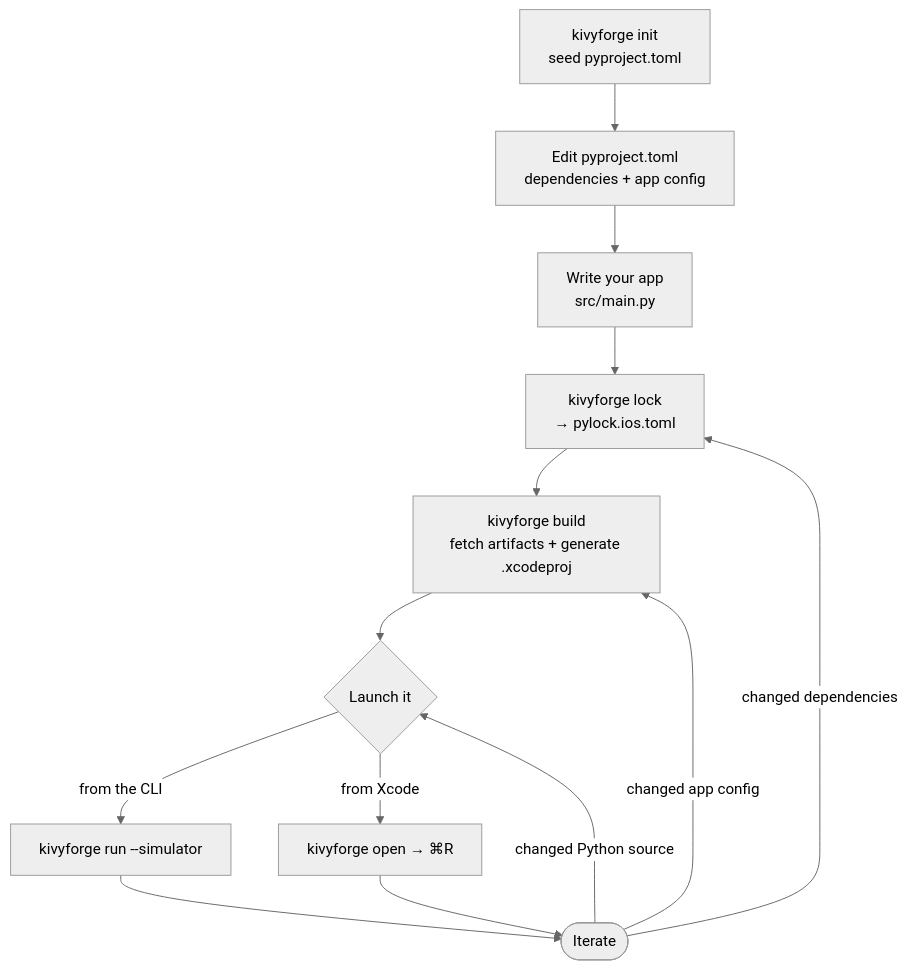
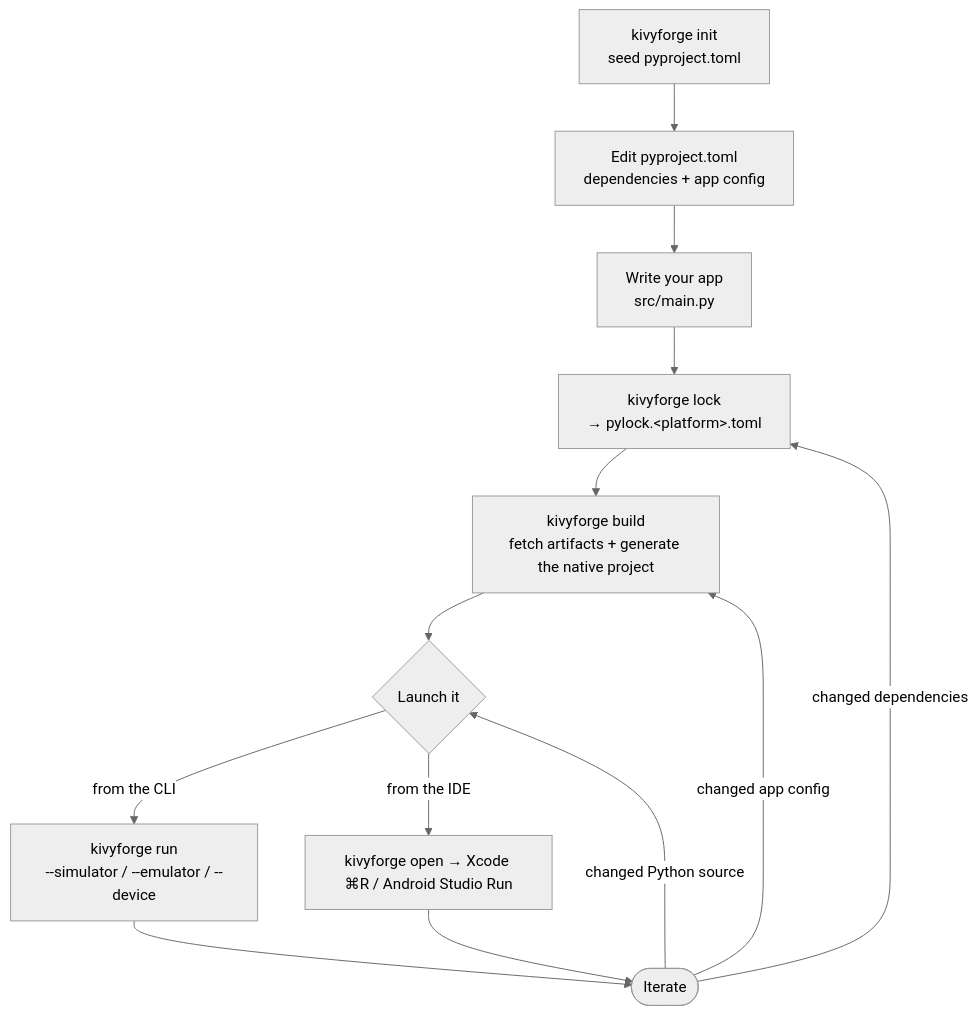
The diagram in README.md (ElliotGarbus/kivyforge), drawn with Mermaid (neutral theme) before and after one commit. The commit also changed other lines of this file and 73 other files, not shown here.

````diff
--- a/README.md
+++ b/README.md
@@ -412,15 +441,15 @@
 ```mermaid
 flowchart TD
     A["kivyforge init<br/>seed pyproject.toml"] --> B["Edit pyproject.toml<br/>dependencies + app config"]
     B --> C["Write your app<br/>src/main.py"]
-    C --> D["kivyforge lock<br/>→ pylock.ios.toml"]
-    D --> E["kivyforge build<br/>fetch artifacts + generate .xcodeproj"]
+    C --> D["kivyforge lock<br/>→ pylock.&lt;platform&gt;.toml"]
+    D --> E["kivyforge build<br/>fetch artifacts + generate the native project"]
     E --> F{"Launch it"}
-    F -->|from the CLI| G["kivyforge run --simulator"]
-    F -->|from Xcode| H["kivyforge open → ⌘R"]
+    F -->|from the CLI| G["kivyforge run<br/>--simulator / --emulator / --device"]
+    F -->|from the IDE| H["kivyforge open → Xcode ⌘R / Android Studio Run"]
     G --> I(["Iterate"])
     H --> I
     I -->|changed Python source| F
     I -->|changed app config| E
     I -->|changed dependencies| D
 ```
````
